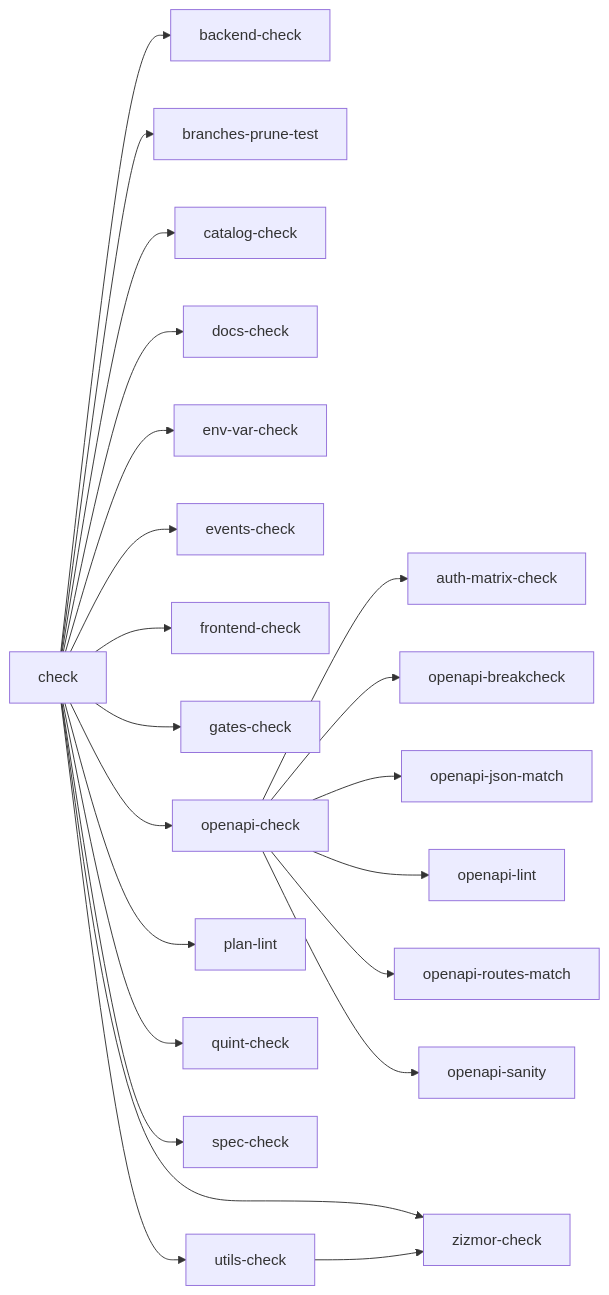
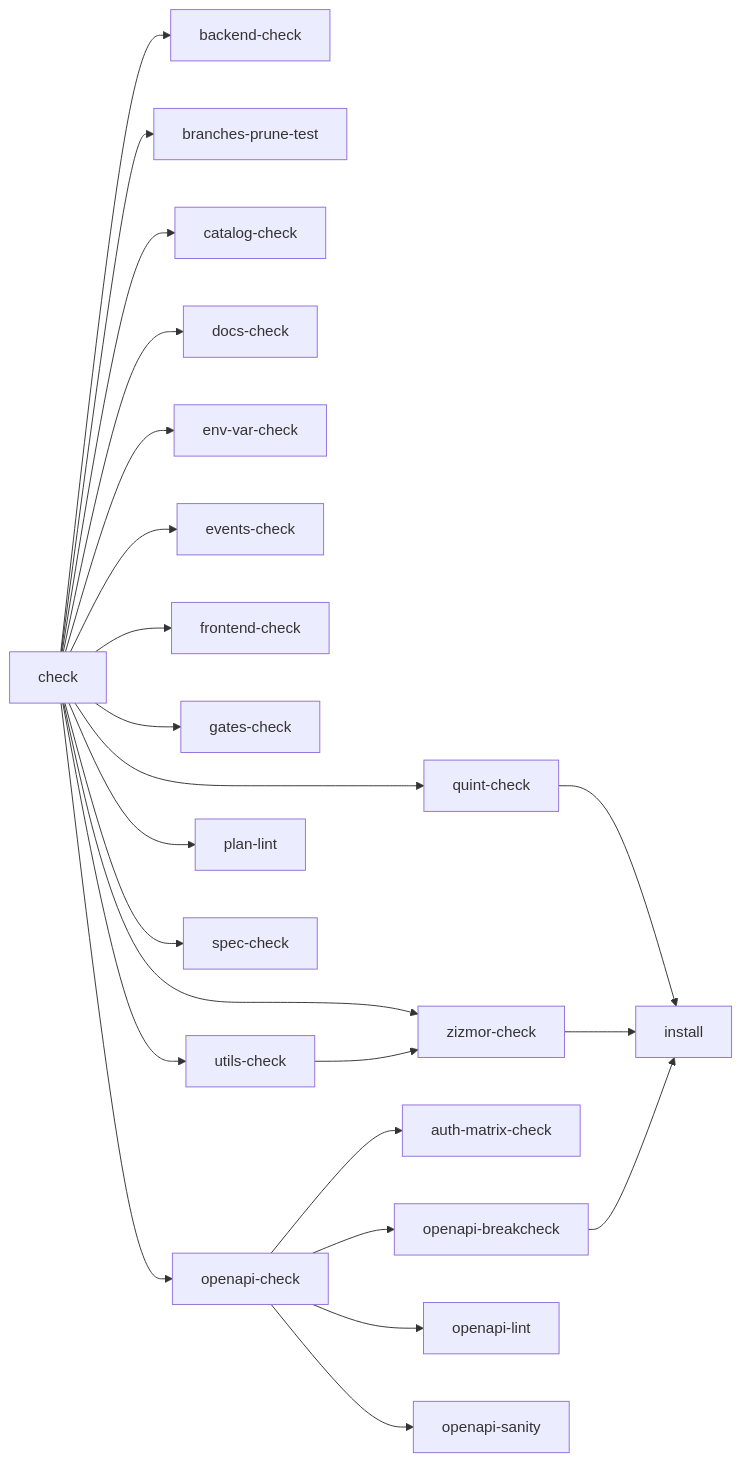
The first of 2 diagrams in docs/quality-gates.md (codesam88/picasu), drawn with Mermaid before and after one commit. The commit also changed other lines of this file and 3 other files, not shown here.

````diff
--- a/docs/quality-gates.md
+++ b/docs/quality-gates.md
@@ -9,24 +9,25 @@
 ```mermaid
 graph LR
   check --> backend-check
   check --> branches-prune-test
   check --> catalog-check
   check --> docs-check
   check --> env-var-check
   check --> events-check
   check --> frontend-check
   check --> gates-check
   check --> openapi-check
   check --> plan-lint
   check --> quint-check
   check --> spec-check
   check --> utils-check
   check --> zizmor-check
   openapi-check --> auth-matrix-check
   openapi-check --> openapi-breakcheck
-  openapi-check --> openapi-json-match
   openapi-check --> openapi-lint
-  openapi-check --> openapi-routes-match
   openapi-check --> openapi-sanity
+  quint-check --> install
   utils-check --> zizmor-check
+  zizmor-check --> install
+  openapi-breakcheck --> install
 ```
````
